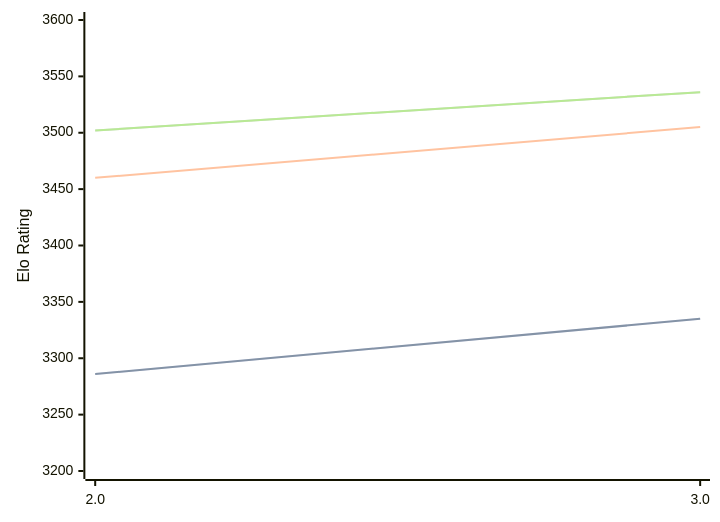
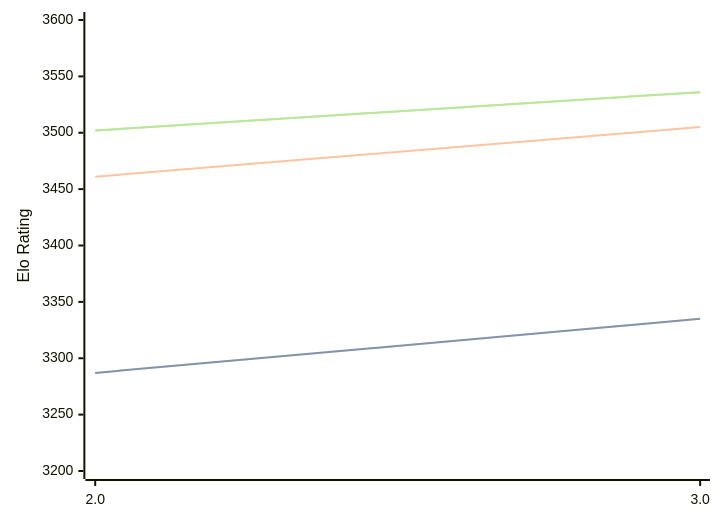
One commit to computer-chess-index/cci changed the diagram in engines/Quanticade.md. Above: the diagram before and after it, drawn with Mermaid. The commit also changed other lines of this file, not shown here.

````diff
--- a/engines/Quanticade.md
+++ b/engines/Quanticade.md
@@ -41,11 +41,11 @@
 ```mermaid
 %%{init: {"theme":"base","themeVariables":{"seriesColors:['#a3a3a3','#222221','#faa371']}}}%%
 xychart-beta
   x-axis ["2.0", "3.0"]
   y-axis "Elo Rating" 3200 --> 3600
-  line "STC (8.0+0.08s)" [3286, 3335]
-  line "STC (8.0+0.08s)" [3286, 3335]
-  line "LTC (60.0+0.60s)" [3460, 3505]
+  line "STC (8.0+0.08s)" [3287, 3335]
+  line "STC (8.0+0.08s)" [3287, 3335]
+  line "LTC (60.0+0.60s)" [3461, 3505]
   line "VLTC (2m24s+1.12s)" [3502, 3536]
   line "VLTC (2m24s+1.12s)" [3502, 3536]
 ```
````
